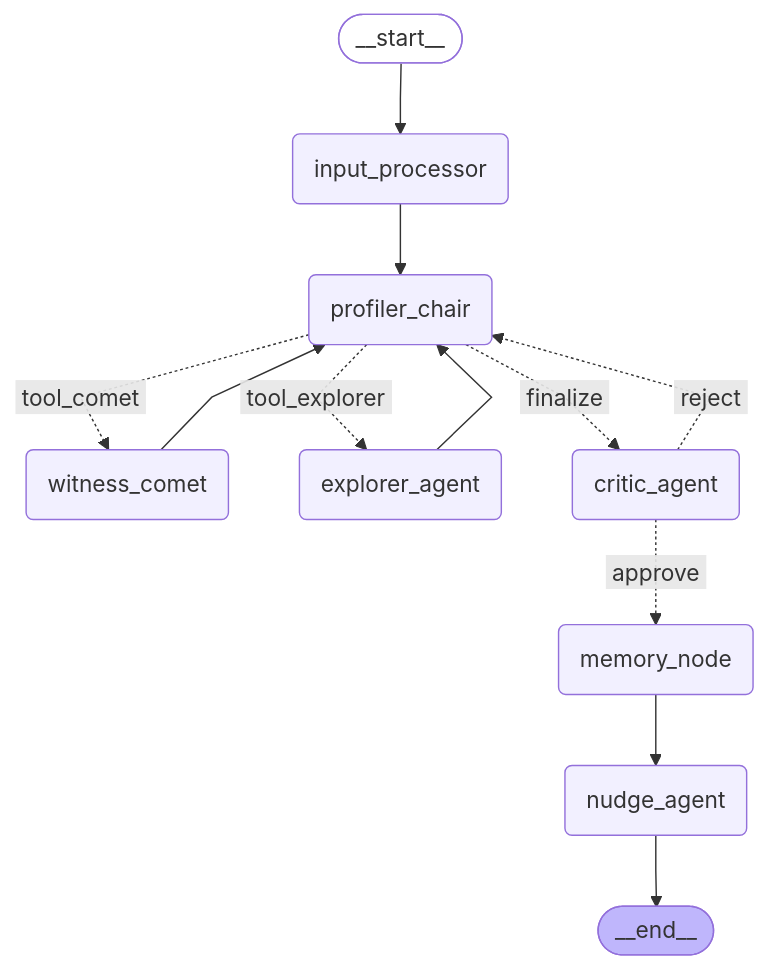
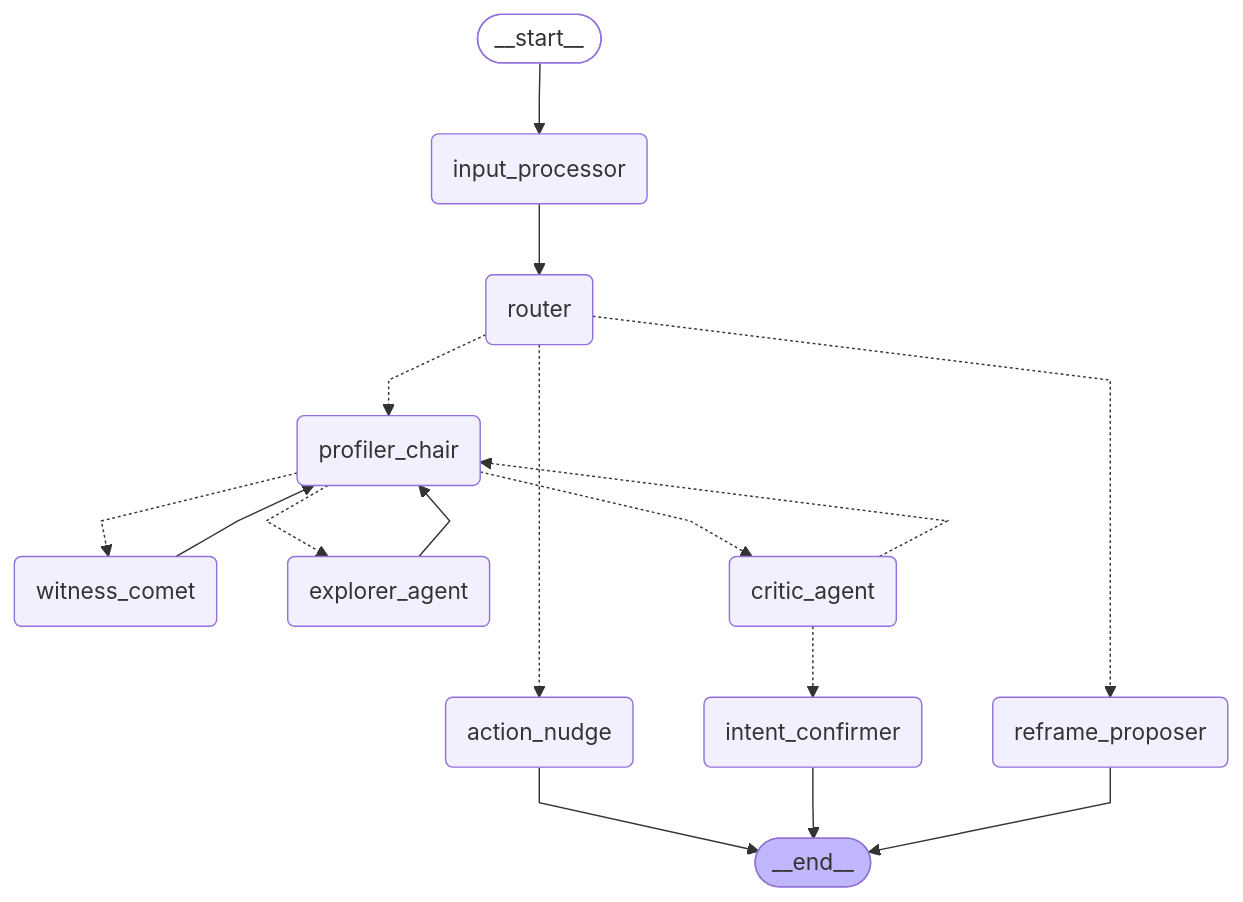
One commit to c0a22080fa/reframing changed the diagram in docs/agent_graph.mermaid. Above: the diagram before and after it, drawn with Mermaid. The commit also changed 40 other files, not shown here.

```diff
--- a/docs/agent_graph.mermaid
+++ b/docs/agent_graph.mermaid
@@ -1,29 +1,35 @@
 ---
 config:
   flowchart:
     curve: linear
 ---
 graph TD;
 	__start__([<p>__start__</p>]):::first
 	input_processor(input_processor)
+	router(router)
 	profiler_chair(profiler_chair)
 	witness_comet(witness_comet)
 	explorer_agent(explorer_agent)
 	critic_agent(critic_agent)
-	memory_node(memory_node)
-	nudge_agent(nudge_agent)
+	intent_confirmer(intent_confirmer)
+	reframe_proposer(reframe_proposer)
+	action_nudge(action_nudge)
 	__end__([<p>__end__</p>]):::last
 	__start__ --> input_processor;
-	critic_agent -. &nbsp;approve&nbsp; .-> memory_node;
-	critic_agent -. &nbsp;reject&nbsp; .-> profiler_chair;
+	critic_agent -.-> intent_confirmer;
+	critic_agent -.-> profiler_chair;
 	explorer_agent --> profiler_chair;
-	input_processor --> profiler_chair;
-	memory_node --> nudge_agent;
-	profiler_chair -. &nbsp;finalize&nbsp; .-> critic_agent;
-	profiler_chair -. &nbsp;tool_explorer&nbsp; .-> explorer_agent;
-	profiler_chair -. &nbsp;tool_comet&nbsp; .-> witness_comet;
+	input_processor --> router;
+	profiler_chair -.-> critic_agent;
+	profiler_chair -.-> explorer_agent;
+	profiler_chair -.-> witness_comet;
+	router -.-> action_nudge;
+	router -.-> profiler_chair;
+	router -.-> reframe_proposer;
 	witness_comet --> profiler_chair;
-	nudge_agent --> __end__;
+	action_nudge --> __end__;
+	intent_confirmer --> __end__;
+	reframe_proposer --> __end__;
 	classDef default fill:#f2f0ff,line-height:1.2
 	classDef first fill-opacity:0
 	classDef last fill:#bfb6fc
```
